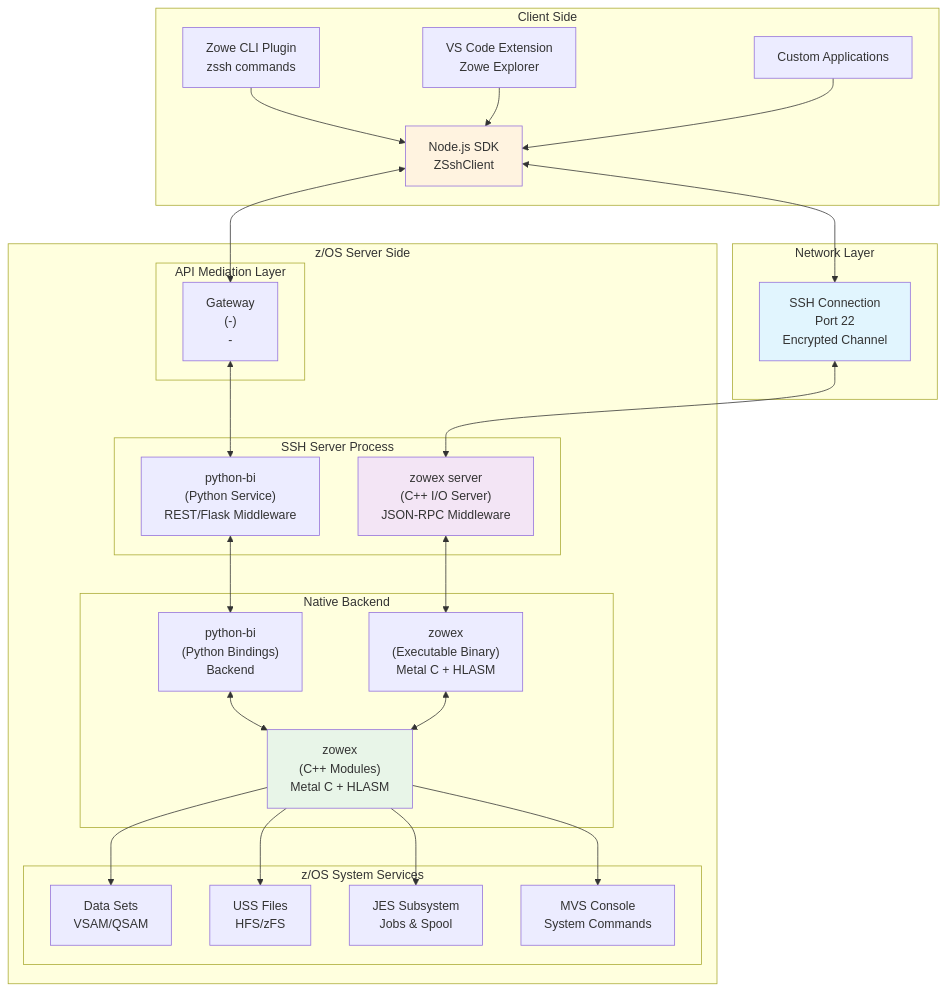
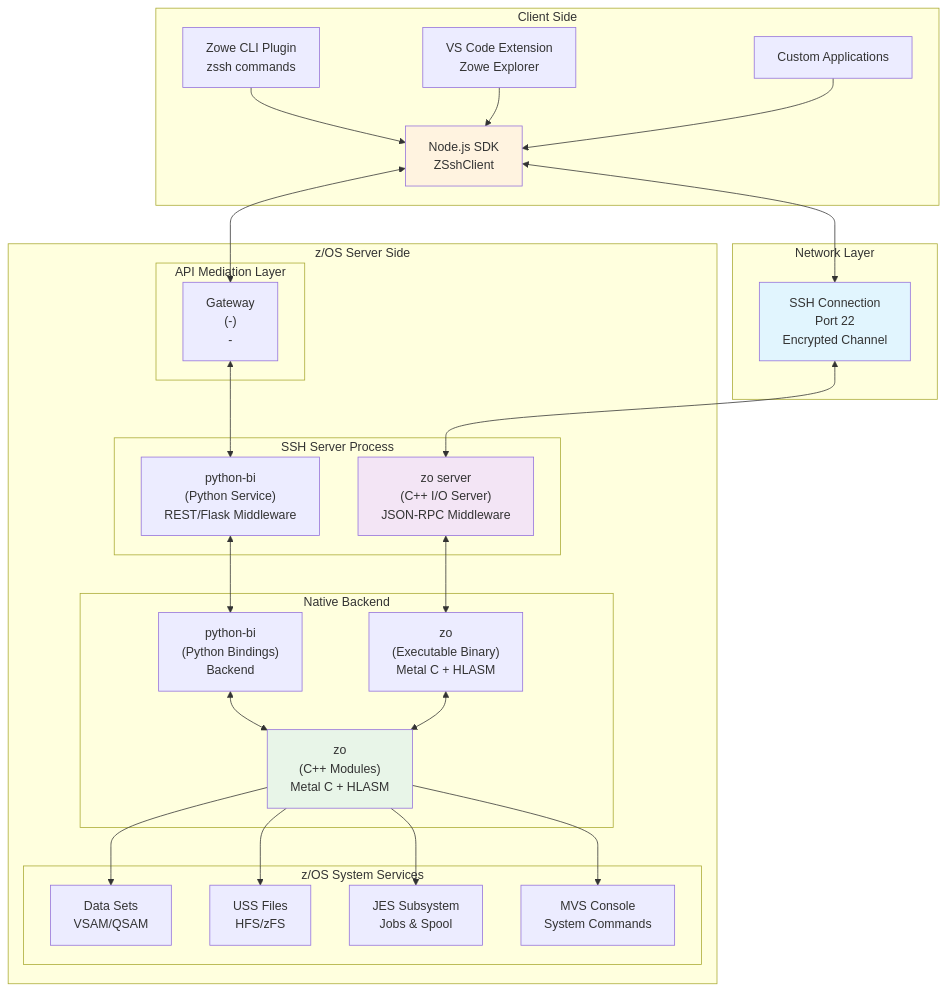
One commit to zowe/zowex changed the first of 13 diagrams in doc/architecture-comparisons.md. Above: the diagram before and after it, drawn with Mermaid. The commit also changed other lines of this file and 142 other files, not shown here.

````diff
--- a/doc/architecture-comparisons.md
+++ b/doc/architecture-comparisons.md
@@ -9,58 +9,58 @@
 ```mermaid
 graph TB
     subgraph "Client Side"
         CLI["Zowe CLI Plugin<br/>zssh commands"]
         VSC["VS Code Extension<br/>Zowe Explorer"]
         SDK["Node.js SDK<br/>ZSshClient"]
         APP["Custom Applications"]
 
         CLI --> SDK
         VSC --> SDK
         APP --> SDK
     end
 
     subgraph "Network Layer"
         SSH["SSH Connection<br/>Port 22<br/>Encrypted Channel"]
     end
 
     subgraph "z/OS Server Side"
         subgraph "API Mediation Layer"
             ZOWEA["Gateway<br/>(-)<br/>-"]
         end
         subgraph "SSH Server Process"
-            ZOWED["zowex server<br/>(C++ I/O Server)<br/>JSON-RPC Middleware"]
+            ZOWED["zo server<br/>(C++ I/O Server)<br/>JSON-RPC Middleware"]
             ZOWEP["python-bi<br/>(Python Service)<br/>REST/Flask Middleware"]
         end
 
         subgraph "Native Backend"
-            ZOWEX2["zowex<br/>(Executable Binary)<br/>Metal C + HLASM"]
+            ZOWEX2["zo<br/>(Executable Binary)<br/>Metal C + HLASM"]
             ZOWEP2["python-bi<br/>(Python Bindings)<br/>Backend"]
-            ZOWEX["zowex<br/>(C++ Modules)<br/>Metal C + HLASM"]
+            ZOWEX["zo<br/>(C++ Modules)<br/>Metal C + HLASM"]
         end
 
         subgraph "z/OS System Services"
             DS["Data Sets<br/>VSAM/QSAM"]
             USS["USS Files<br/>HFS/zFS"]
             JES["JES Subsystem<br/>Jobs & Spool"]
             MVS["MVS Console<br/>System Commands"]
         end
     end
 
     SDK <--> SSH
     SDK <--> ZOWEA
     SSH <--> ZOWED
     ZOWEA <--> ZOWEP
     ZOWEP <--> ZOWEP2
     ZOWEP2 <--> ZOWEX
     ZOWED <--> ZOWEX2
     ZOWEX2 <--> ZOWEX
     ZOWEX --> DS
     ZOWEX --> USS
     ZOWEX --> JES
     ZOWEX --> MVS
 
     style SSH fill:#e1f5fe
     style ZOWED fill:#f3e5f5
     style ZOWEX fill:#e8f5e8
     style SDK fill:#fff3e0
 ```
````
